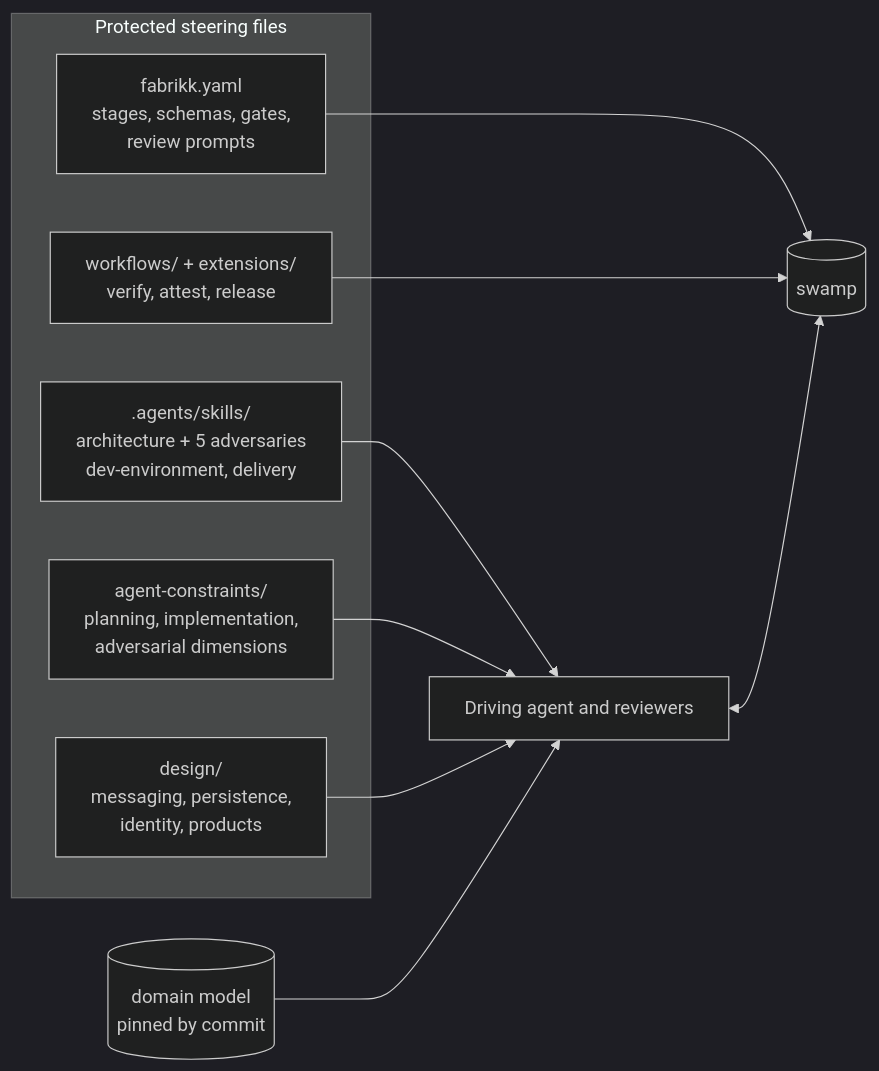
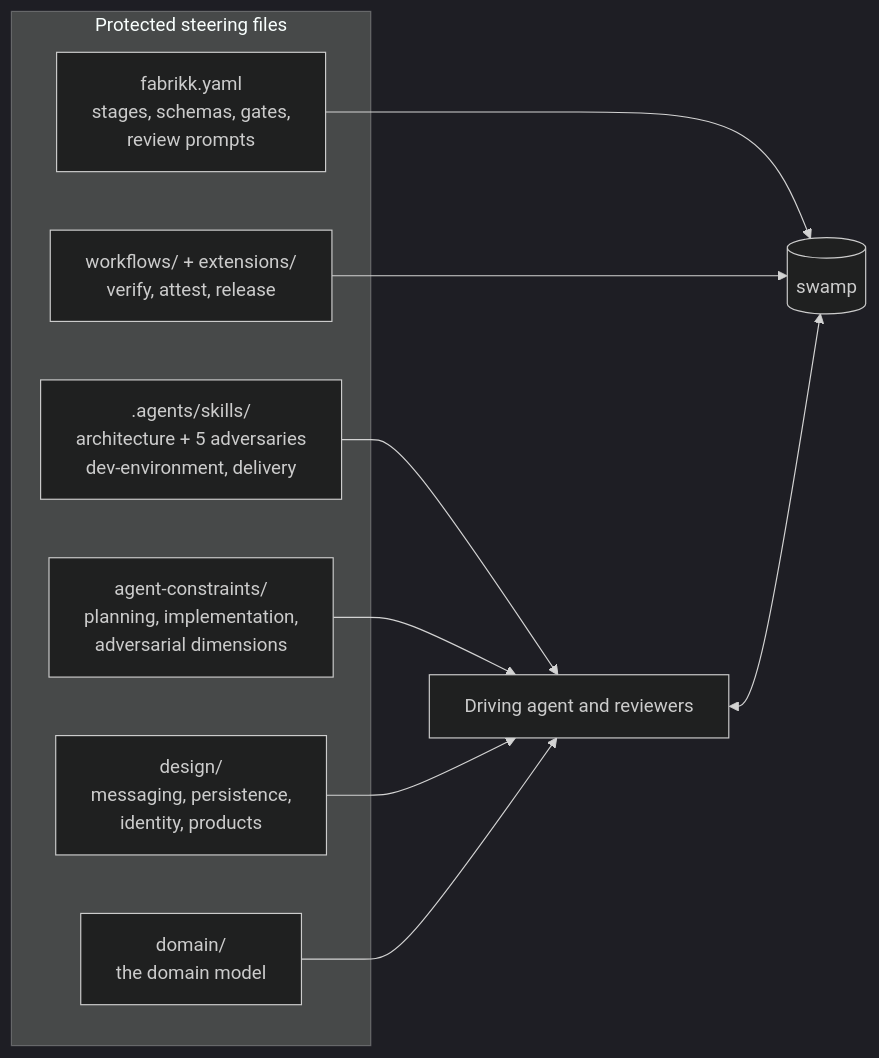
Before and after one commit to dataverket-org/fabrikk: the third of 3 diagrams in design/factory.md, drawn with Mermaid (dark theme). The commit also changed other lines of this file and 86 other files, not shown here.

First line of the commit message:
chore(steering): the domain model moves into domain/; Renovate updates the pinned tools and references

````diff
--- a/design/factory.md
+++ b/design/factory.md
@@ -138,18 +138,18 @@
 ```mermaid
 flowchart LR
   subgraph steering [Protected steering files]
     SK[.agents/skills/<br/>architecture + 5 adversaries<br/>dev-environment, delivery]
     AC[agent-constraints/<br/>planning, implementation,<br/>adversarial dimensions]
     DS[design/<br/>messaging, persistence,<br/>identity, products]
+    DM[domain/<br/>the domain model]
     DEF[fabrikk.yaml<br/>stages, schemas, gates,<br/>review prompts]
     WF[workflows/ + extensions/<br/>verify, attest, release]
   end
-  DM[(domain model<br/>pinned by commit)]
   SK --> A[Driving agent and reviewers]
   AC --> A
   DS --> A
   DM --> A
   DEF --> S[(swamp)]
   WF --> S
   A <--> S
 ```
````
